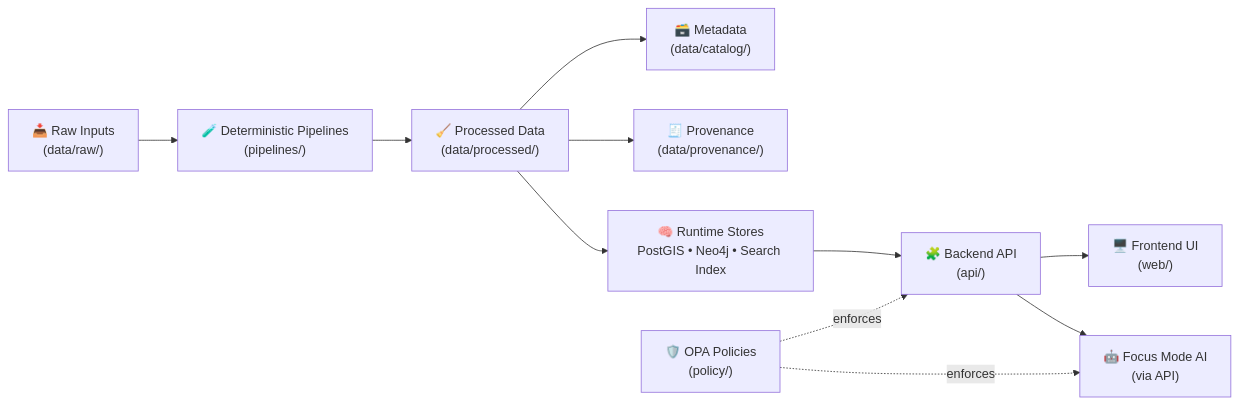
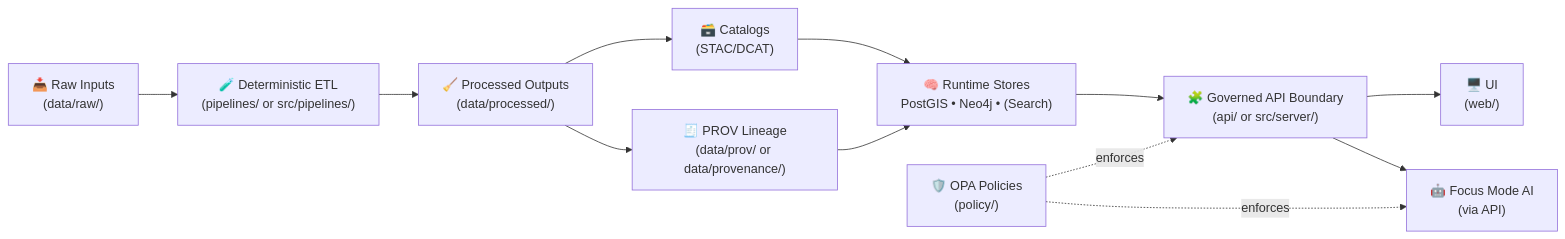
Before and after one commit to bartytime4life/Kansas-Frontier-Matrix: the diagram in api/README.md, drawn with Mermaid. The commit also changed other lines of this file, not shown here.

````diff
--- a/api/README.md
+++ b/api/README.md
@@ -27,13 +99,14 @@
 ```mermaid
 flowchart LR
-  raw["📥 Raw Inputs<br/>(data/raw/)"] --> etl["🧪 Deterministic Pipelines<br/>(pipelines/)"]
-  etl --> processed["🧹 Processed Data<br/>(data/processed/)"]
-  processed --> meta["🗃️ Metadata<br/>(data/catalog/)"]
-  processed --> prov["🧾 Provenance<br/>(data/provenance/)"]
-  processed --> stores["🧠 Runtime Stores<br/>PostGIS • Neo4j • Search Index"]
-  stores --> api["🧩 Backend API<br/>(api/)"]
-  api --> ui["🖥️ Frontend UI<br/>(web/)"]
-  api --> ai["🤖 Focus Mode AI<br/>(via API)"]
+  raw["📥 Raw Inputs<br/>(data/raw/)"] --> etl["🧪 Deterministic ETL<br/>(pipelines/ or src/pipelines/)"]
+  etl --> processed["🧹 Processed Outputs<br/>(data/processed/)"]
+  processed --> catalogs["🗃️ Catalogs<br/>(STAC/DCAT)"]
+  processed --> prov["🧾 PROV Lineage<br/>(data/prov/ or data/provenance/)"]
+  catalogs --> stores["🧠 Runtime Stores<br/>PostGIS • Neo4j • (Search)"]
+  prov --> stores
+  stores --> api["🧩 Governed API Boundary<br/>(api/ or src/server/)"]
+  api --> ui["🖥️ UI<br/>(web/)"]
+  api --> focus["🤖 Focus Mode AI<br/>(via API)"]
   policy["🛡️ OPA Policies<br/>(policy/)"] -. "enforces" .-> api
-  policy -. "enforces" .-> ai
+  policy -. "enforces" .-> focus
 ```
````
